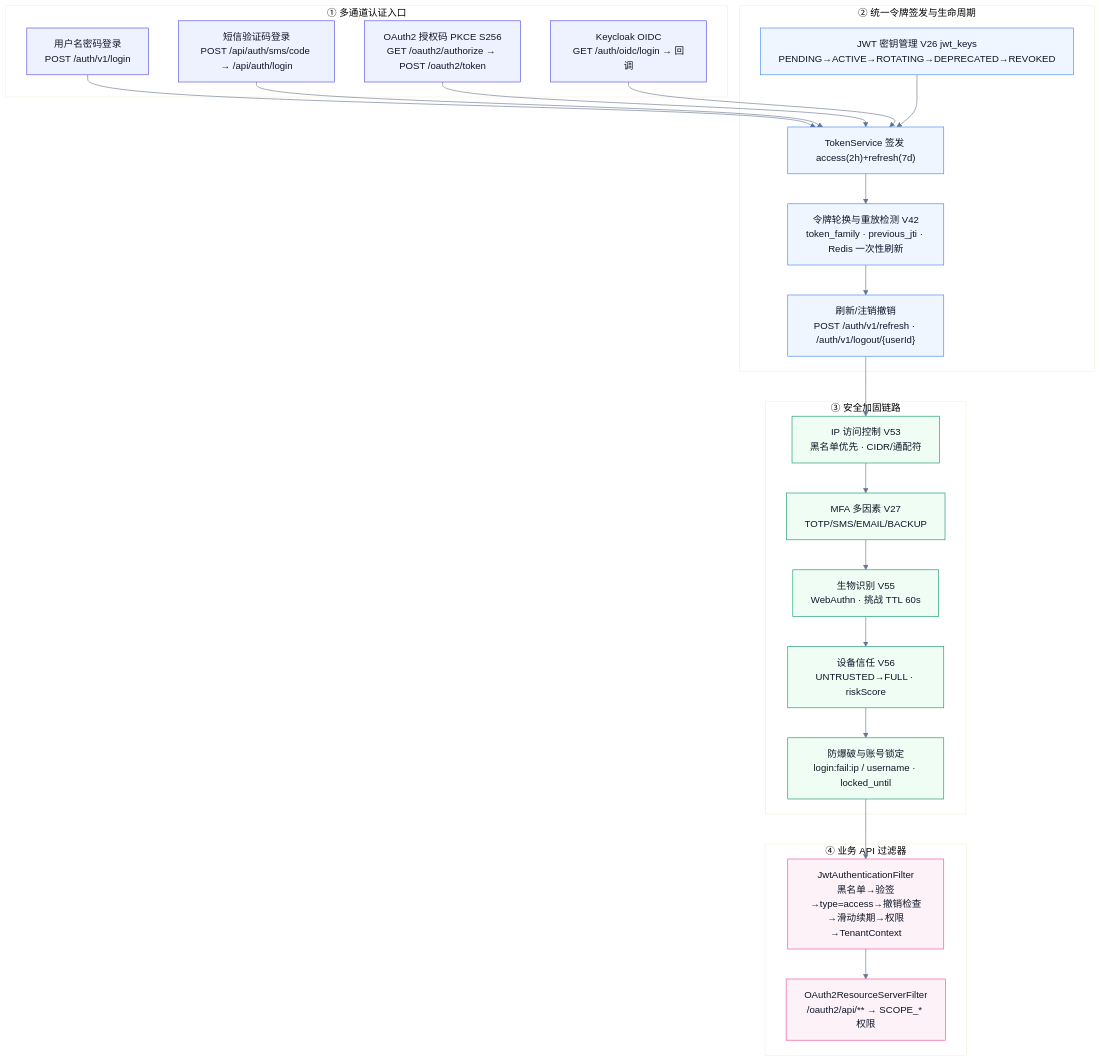
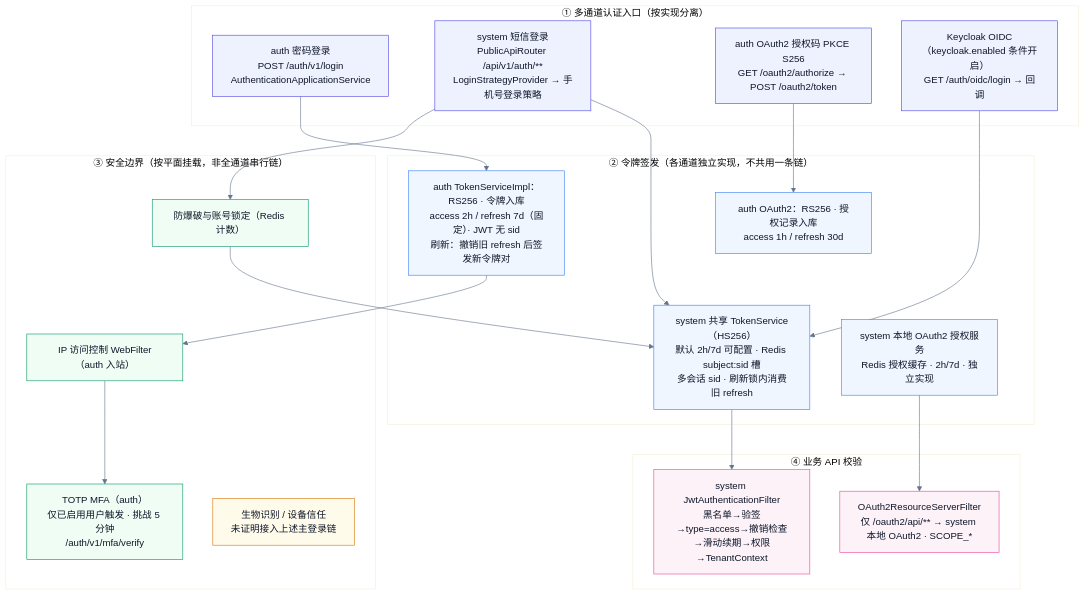
One commit to apex-cloud-service/apex-scaffold changed the diagram in docs/diagrams/116_flow_sso_login.mmd. Above: the diagram before and after it, drawn with Mermaid. The commit also changed 69 other files, not shown here.

First line of the commit message:
fix(deploy): 修正 Compose 启动配置并同步架构图表与项目记录

```diff
--- a/docs/diagrams/116_flow_sso_login.mmd
+++ b/docs/diagrams/116_flow_sso_login.mmd
@@ -1,52 +1,49 @@
 %%{init: {'theme':'base', 'themeVariables': {'primaryColor':'#eef2ff','primaryTextColor':'#0f172a','primaryBorderColor':'#4f46e5','lineColor':'#64748b','fontFamily':'sans-serif'}}}%%
 flowchart TD
-    subgraph P1["① 多通道认证入口"]
-        A1["用户名密码登录<br/>POST /auth/v1/login"]
-        A2["短信验证码登录<br/>POST /api/auth/sms/code → /api/auth/login"]
-        A3["OAuth2 授权码 PKCE S256<br/>GET /oauth2/authorize → POST /oauth2/token"]
-        A4["Keycloak OIDC<br/>GET /auth/oidc/login → 回调"]
+    subgraph P1["① 多通道认证入口（按实现分离）"]
+        A1["auth 密码登录<br/>POST /auth/v1/login<br/>AuthenticationApplicationService"]
+        A2["system 短信登录<br/>PublicApiRouter /api/v1/auth/**<br/>LoginStrategyProvider → 手机号登录策略"]
+        A3["auth OAuth2 授权码 PKCE S256<br/>GET /oauth2/authorize → POST /oauth2/token"]
+        A4["Keycloak OIDC（keycloak.enabled 条件开启）<br/>GET /auth/oidc/login → 回调"]
     end
 
-    subgraph P2["② 统一令牌签发与生命周期"]
-        B1["JWT 密钥管理 V26 jwt_keys<br/>PENDING→ACTIVE→ROTATING→DEPRECATED→REVOKED"]
-        B2["TokenService 签发 access(2h)+refresh(7d)"]
-        B3["令牌轮换与重放检测 V42<br/>token_family · previous_jti · Redis 一次性刷新"]
-        B4["刷新/注销撤销<br/>POST /auth/v1/refresh · /auth/v1/logout/{userId}"]
+    subgraph P2["② 令牌签发（各通道独立实现，不共用一条链）"]
+        B1["auth TokenServiceImpl：RS256 · 令牌入库<br/>access 2h / refresh 7d（固定）· JWT 无 sid<br/>刷新：撤销旧 refresh 后签发新令牌对"]
+        B2["system 共享 TokenService（HS256）<br/>默认 2h/7d 可配置 · Redis subject:sid 槽<br/>多会话 sid · 刷新锁内消费旧 refresh"]
+        B3["auth OAuth2：RS256 · 授权记录入库<br/>access 1h / refresh 30d"]
+        B4["system 本地 OAuth2 授权服务<br/>Redis 授权缓存 · 2h/7d · 独立实现"]
     end
 
-    subgraph P3["③ 安全加固链路"]
-        C1["IP 访问控制 V53<br/>黑名单优先 · CIDR/通配符"]
-        C2["MFA 多因素 V27<br/>TOTP/SMS/EMAIL/BACKUP"]
-        C3["生物识别 V55<br/>WebAuthn · 挑战 TTL 60s"]
-        C4["设备信任 V56<br/>UNTRUSTED→FULL · riskScore"]
-        C5["防爆破与账号锁定<br/>login:fail:ip / username · locked_until"]
+    subgraph P3["③ 安全边界（按平面挂载，非全通道串行链）"]
+        C1["IP 访问控制 WebFilter（auth 入站）"]
+        C2["TOTP MFA（auth）<br/>仅已启用用户触发 · 挑战 5 分钟<br/>/auth/v1/mfa/verify"]
+        C3["生物识别 / 设备信任<br/>未证明接入上述主登录链"]
+        C4["防爆破与账号锁定（Redis 计数）"]
     end
 
-    subgraph P4["④ 业务 API 过滤器"]
-        D1["JwtAuthenticationFilter<br/>黑名单→验签→type=access→撤销检查→滑动续期→权限→TenantContext"]
-        D2["OAuth2ResourceServerFilter<br/>/oauth2/api/** → SCOPE_* 权限"]
+    subgraph P4["④ 业务 API 校验"]
+        D1["system JwtAuthenticationFilter<br/>黑名单→验签→type=access→撤销检查→滑动续期→权限→TenantContext"]
+        D2["OAuth2ResourceServerFilter<br/>仅 /oauth2/api/** → system 本地 OAuth2 · SCOPE_*"]
     end
 
-    A1 --> B2
+    A1 --> B1
     A2 --> B2
-    A3 --> B2
+    A3 --> B3
     A4 --> B2
-    B1 --> B2
-    B2 --> B3
-    B3 --> B4
-    B4 --> C1
+    B1 --> C1
     C1 --> C2
-    C2 --> C3
-    C3 --> C4
-    C4 --> C5
-    C5 --> D1
-    D1 --> D2
+    A2 --> C4
+    C4 --> B2
+    B2 --> D1
+    B4 --> D2
 
     classDef entry fill:#eef2ff,stroke:#4f46e5,color:#0f172a;
     classDef token fill:#eff6ff,stroke:#3b82f6,color:#0f172a;
     classDef sec fill:#f0fdf4,stroke:#059669,color:#0f172a;
     classDef biz fill:#fdf2f8,stroke:#ec4899,color:#0f172a;
+    classDef warn fill:#fffbeb,stroke:#d97706,color:#0f172a;
     class A1,A2,A3,A4 entry;
     class B1,B2,B3,B4 token;
-    class C1,C2,C3,C4,C5 sec;
+    class C1,C2,C4 sec;
+    class C3 warn;
     class D1,D2 biz;
```
